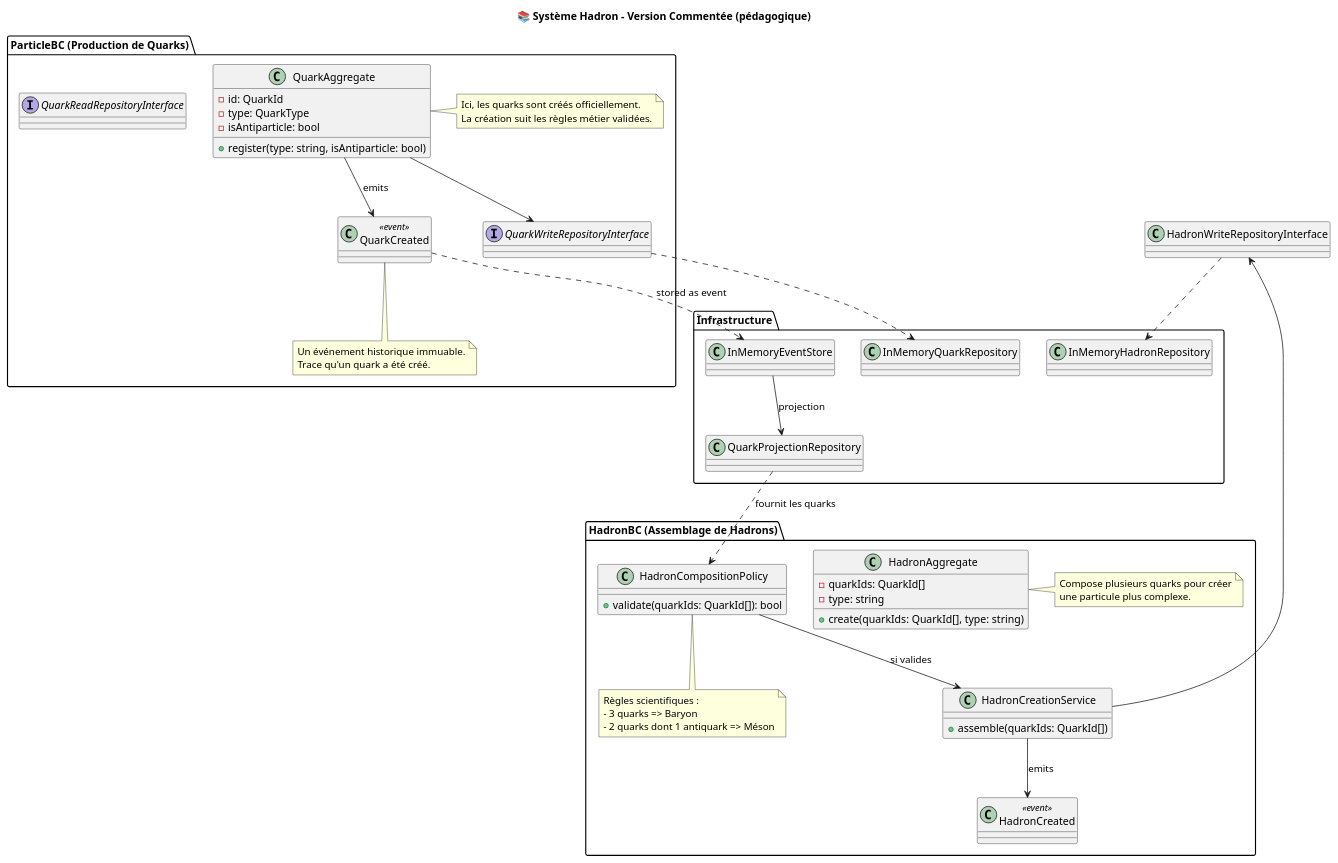
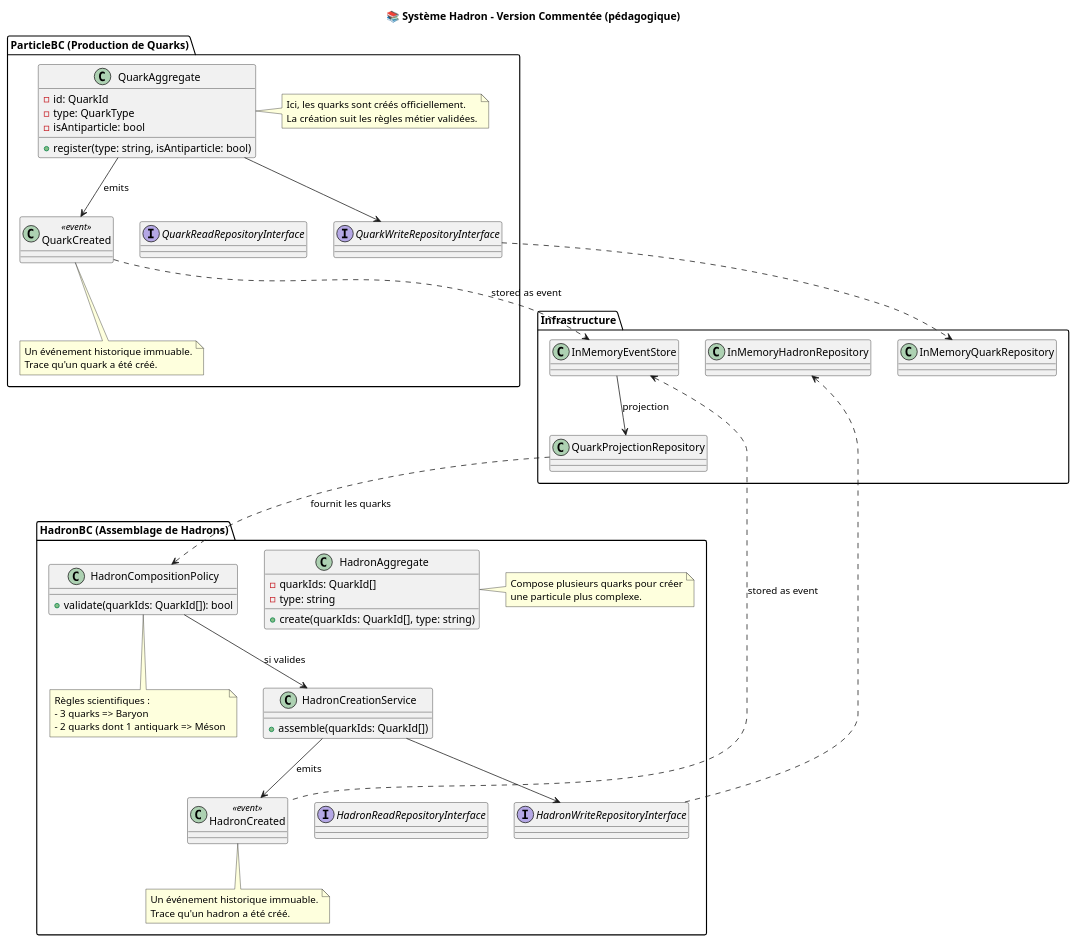
Before and after one commit to axelduret/hadron: the diagram in docs/diagrams/domain-overview-commented.puml, drawn with PlantUML. The commit also changed 2 other files, not shown here.

Commit message:
feat: improve PlantUML diagram

```diff
--- a/docs/diagrams/domain-overview-commented.puml
+++ b/docs/diagrams/domain-overview-commented.puml
@@ -1,92 +1,106 @@
 @startuml
+top to bottom direction
 title 📚 Système Hadron – Version Commentée (pédagogique)
 
 ' ===========================
 ' CONTEXTE 1 - PRODUCTION DE QUARKS
 ' ===========================
-package "ParticleBC (Production de Quarks)" {
+package "ParticleBC (Production de Quarks)" as ParticleBC {
 
   class QuarkAggregate {
     - id: QuarkId
     - type: QuarkType
     - isAntiparticle: bool
     + register(type: string, isAntiparticle: bool)
   }
 
   note right of QuarkAggregate
     Ici, les quarks sont créés officiellement.
     La création suit les règles métier validées.
   end note
 
-  interface QuarkWriteRepositoryInterface
-  interface QuarkReadRepositoryInterface
+  together {
+    interface QuarkWriteRepositoryInterface
+    interface QuarkReadRepositoryInterface
+  }
 
   class QuarkCreated <<event>>
 
   note bottom of QuarkCreated
     Un événement historique immuable.
     Trace qu'un quark a été créé.
   end note
 }
 
 ' ===========================
 ' CONTEXTE 2 - ASSEMBLAGE DE HADRONS
 ' ===========================
-package "HadronBC (Assemblage de Hadrons)" {
+package "HadronBC (Assemblage de Hadrons)" as HadronBC {
 
   class HadronAggregate {
     - quarkIds: QuarkId[]
     - type: string
     + create(quarkIds: QuarkId[], type: string)
   }
 
   note right of HadronAggregate
     Compose plusieurs quarks pour créer
     une particule plus complexe.
   end note
+
+  together {  
+    interface HadronWriteRepositoryInterface
+    interface HadronReadRepositoryInterface
+  }
 
   class HadronCompositionPolicy {
     + validate(quarkIds: QuarkId[]): bool
   }
 
   note bottom of HadronCompositionPolicy
     Règles scientifiques :
     - 3 quarks => Baryon
     - 2 quarks dont 1 antiquark => Méson
   end note
 
   class HadronCreationService {
     + assemble(quarkIds: QuarkId[])
   }
 
   class HadronCreated <<event>>
+
+  note bottom of HadronCreated
+    Un événement historique immuable.
+    Trace qu'un hadron a été créé.
+  end note
 }
 
 ' ===========================
 ' INFRASTRUCTURE TECHNIQUE
 ' ===========================
-package "Infrastructure" {
+package "Infrastructure" as Infrastructure {
   class InMemoryQuarkRepository
   class InMemoryHadronRepository
   class InMemoryEventStore
   class QuarkProjectionRepository
 }
 
 ' ===========================
 ' RELATIONS
 ' ===========================
-
 QuarkAggregate --> QuarkCreated : emits
 QuarkAggregate --> QuarkWriteRepositoryInterface
-QuarkWriteRepositoryInterface ..> InMemoryQuarkRepository
+QuarkWriteRepositoryInterface .down.> InMemoryQuarkRepository
 
-QuarkCreated ..> InMemoryEventStore : stored as event
+QuarkCreated .down.> InMemoryEventStore : stored as event
 
 InMemoryEventStore --> QuarkProjectionRepository : projection
 
 QuarkProjectionRepository ..> HadronCompositionPolicy : fournit les quarks
 HadronCompositionPolicy --> HadronCreationService : si valides
 HadronCreationService --> HadronCreated : emits
 HadronCreationService --> HadronWriteRepositoryInterface
-HadronWriteRepositoryInterface ..> InMemoryHadronRepository
+HadronWriteRepositoryInterface .up.> InMemoryHadronRepository
+
+HadronCreated .up.> InMemoryEventStore : stored as event
 @enduml
```
